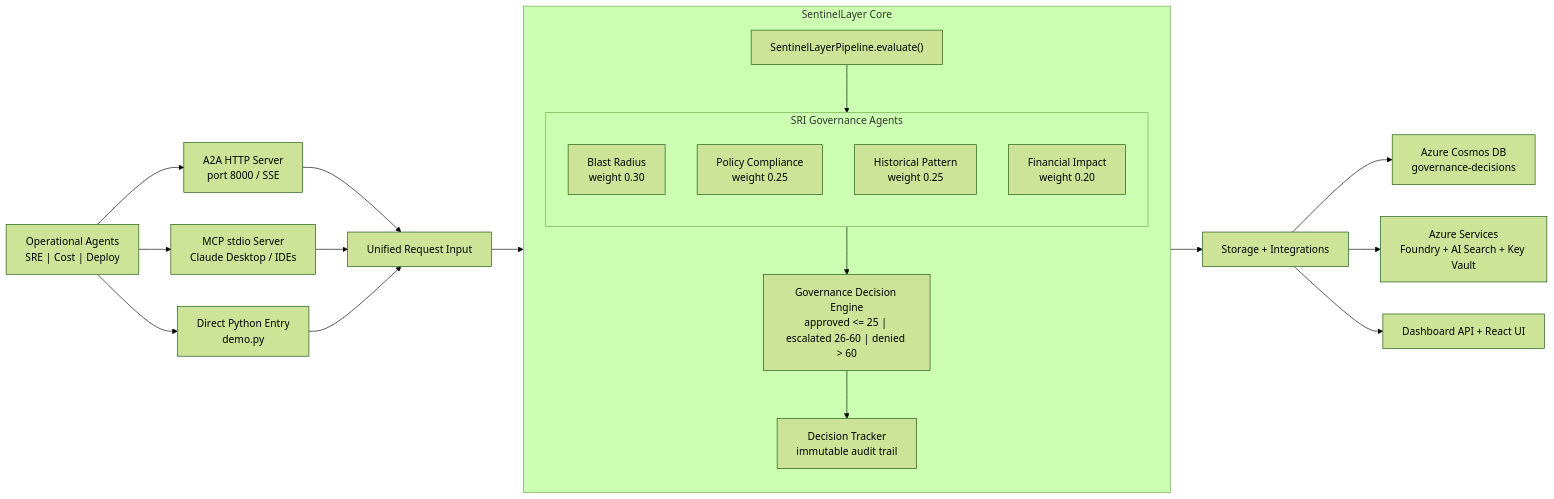
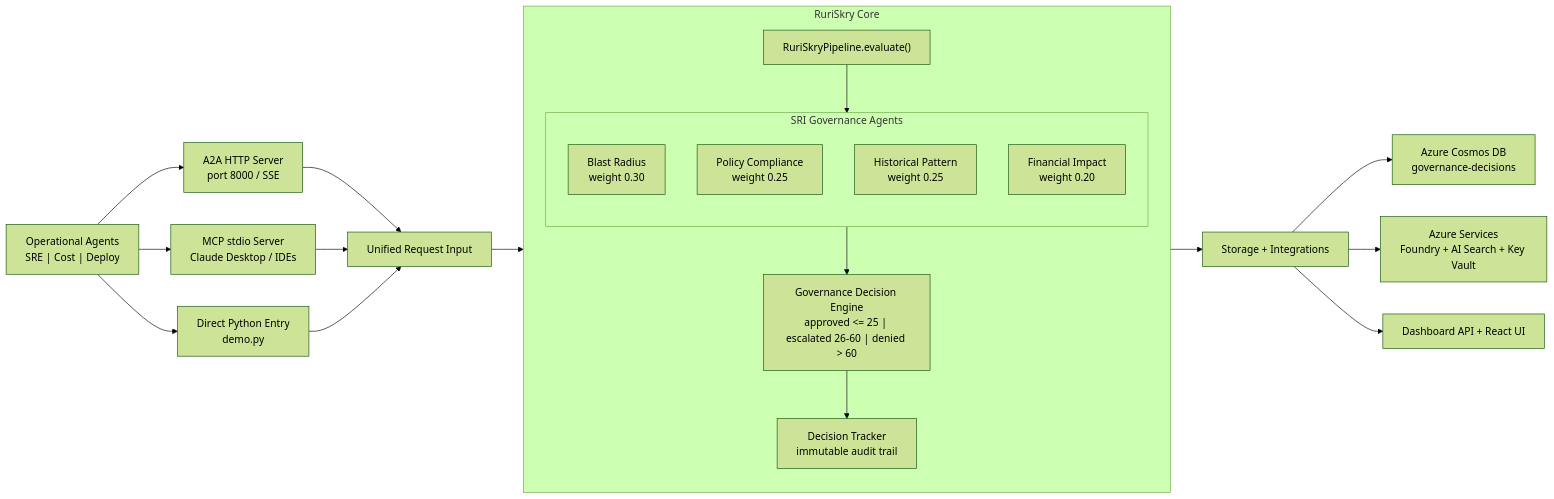
Before and after one commit to psc0des/sentinellayer: the diagram in README.md, drawn with Mermaid (forest theme). The commit also changed other lines of this file and 16 other files, not shown here.

````diff
--- a/README.md
+++ b/README.md
@@ -69,40 +69,40 @@
 ```mermaid
 flowchart LR
     OPS["Operational Agents<br/>SRE | Cost | Deploy"]
     A2A["A2A HTTP Server<br/>port 8000 / SSE"]
     MCP["MCP stdio Server<br/>Claude Desktop / IDEs"]
     PY["Direct Python Entry<br/>demo.py"]
     IN["Unified Request Input"]
 
     OPS --> A2A
     OPS --> MCP
     OPS --> PY
     A2A --> IN
     MCP --> IN
     PY --> IN
 
-    subgraph CORE["SentinelLayer Core"]
+    subgraph CORE["RuriSkry Core"]
         direction TB
-        PIPE["SentinelLayerPipeline.evaluate()"]
+        PIPE["RuriSkryPipeline.evaluate()"]
 
         subgraph GOV["SRI Governance Agents"]
             direction TB
             BR["Blast Radius<br/>weight 0.30"]
             POL["Policy Compliance<br/>weight 0.25"]
             HIST["Historical Pattern<br/>weight 0.25"]
             FIN["Financial Impact<br/>weight 0.20"]
         end
 
         PIPE --> GOV
         GOV --> ENGINE["Governance Decision Engine<br/>approved <= 25 | escalated 26-60 | denied > 60"]
         ENGINE --> TRACKER["Decision Tracker<br/>immutable audit trail"]
     end
 
     IN --> PIPE
 
     OUT["Storage + Integrations"]
     TRACKER --> OUT
     OUT --> COSMOS["Azure Cosmos DB<br/>governance-decisions"]
     OUT --> AZURE["Azure Services<br/>Foundry + AI Search + Key Vault"]
     OUT --> DASH["Dashboard API + React UI"]
 ```
````
